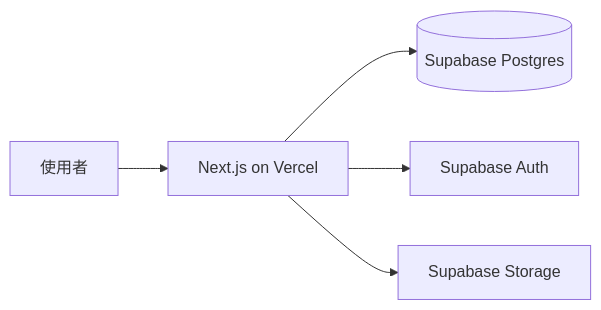
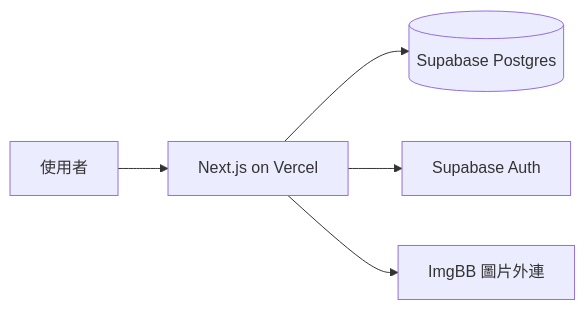
Before and after one commit to HoDZadkiel/GreenThumb: the diagram in README.md, drawn with Mermaid. The commit also changed other lines of this file and 62 other files, not shown here.

Commit message:
整合 Supabase 雲端論壇與在地專欄地圖

````diff
--- a/README.md
+++ b/README.md
@@ -22,7 +22,7 @@
 ```mermaid
 flowchart LR
   使用者 --> Next.js[Next.js on Vercel]
   Next.js --> DB[(Supabase Postgres)]
   Next.js --> Auth[Supabase Auth]
-  Next.js --> Storage[Supabase Storage]
+  Next.js --> Images[ImgBB 圖片外連]
 ```
````
